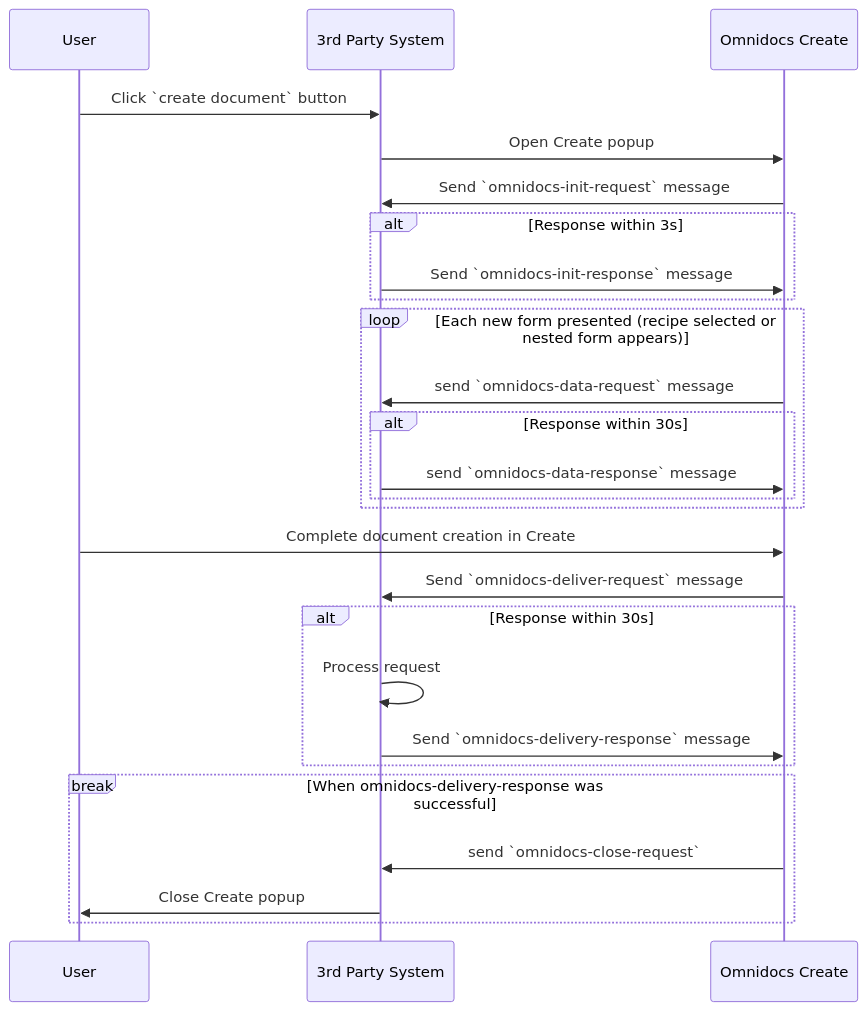
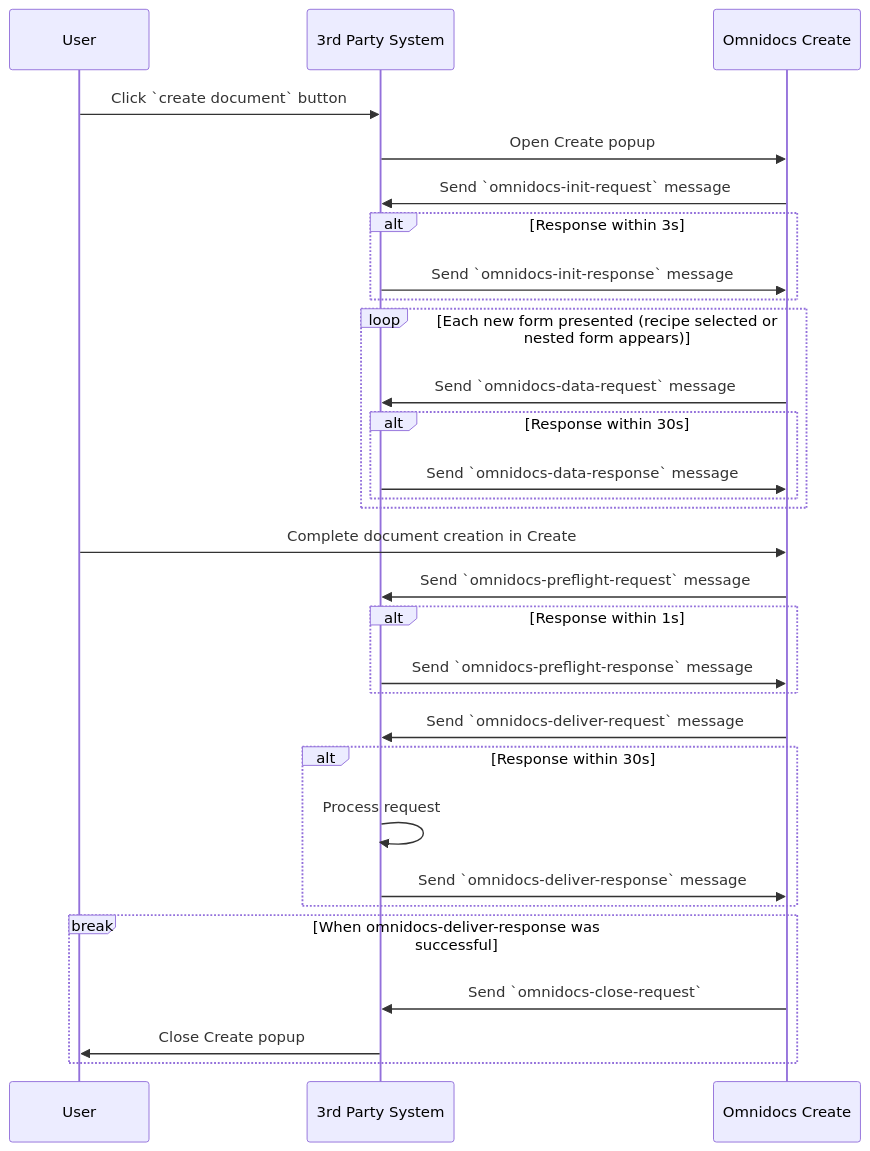
The first of 2 diagrams in readme.md (Omnidocs/AppFlow), drawn with Mermaid before and after one commit. The commit also changed other lines of this file and 21 other files, not shown here.

````diff
--- a/readme.md
+++ b/readme.md
@@ -28,34 +28,42 @@
 ```mermaid
 sequenceDiagram
     participant User as User
     participant 3rd as 3rd Party System
     participant OC as Omnidocs Create
 
     User->> 3rd: Click `create document` button
     3rd->> OC: Open Create popup
     OC->> 3rd: Send `omnidocs-init-request` message
     
     alt Response within 3s
     3rd->> OC: Send `omnidocs-init-response` message
     end
     
     loop Each new form presented (recipe selected or nested form appears)
-        OC ->> 3rd: send `omnidocs-data-request` message
+        OC ->> 3rd: Send `omnidocs-data-request` message
         alt Response within 30s
-            3rd ->> OC: send `omnidocs-data-response` message
+            3rd ->> OC: Send `omnidocs-data-response` message
         end
     end
 
     User->>OC: Complete document creation in Create
+
+    %% Preflight request and response before deliver request
+    OC->>3rd: Send `omnidocs-preflight-request` message
+    alt Response within 1s
+        3rd->>OC: Send `omnidocs-preflight-response` message
+    end
+
+    %% deliver request after preflight check
     OC->>3rd: Send `omnidocs-deliver-request` message
 
     alt Response within 30s
         3rd->>3rd: Process request
-        3rd->>OC: Send `omnidocs-delivery-response` message
+        3rd->>OC: Send `omnidocs-deliver-response` message
     end
 
-    break When omnidocs-delivery-response was successful
-        OC ->> 3rd: send `omnidocs-close-request`
+    break When omnidocs-deliver-response was successful
+        OC ->> 3rd: Send `omnidocs-close-request`
         3rd->>User: Close Create popup
     end
 ```
````
